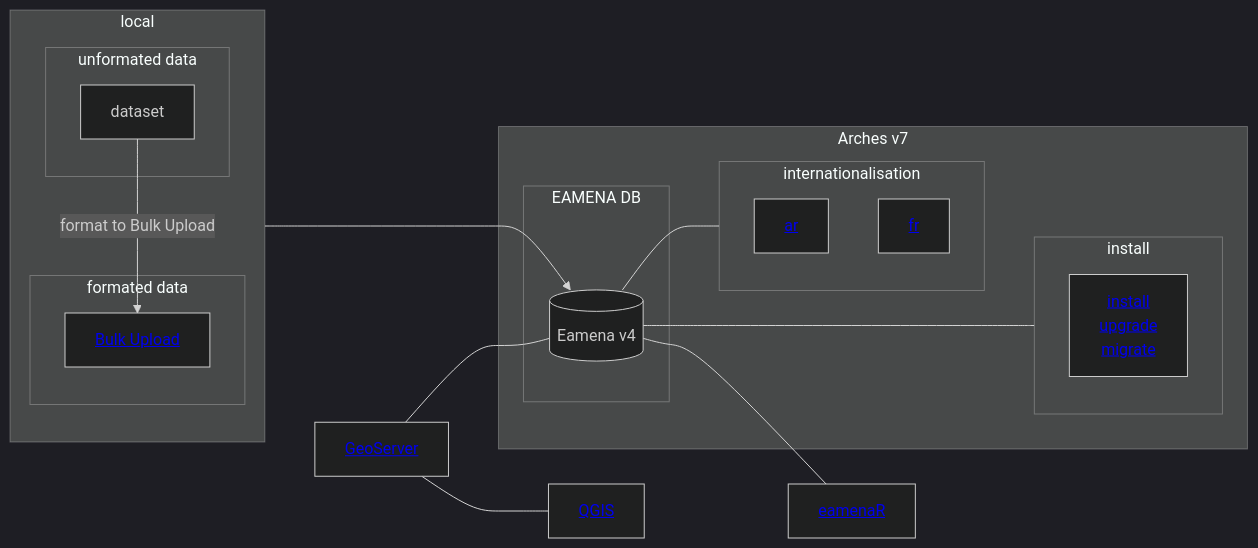
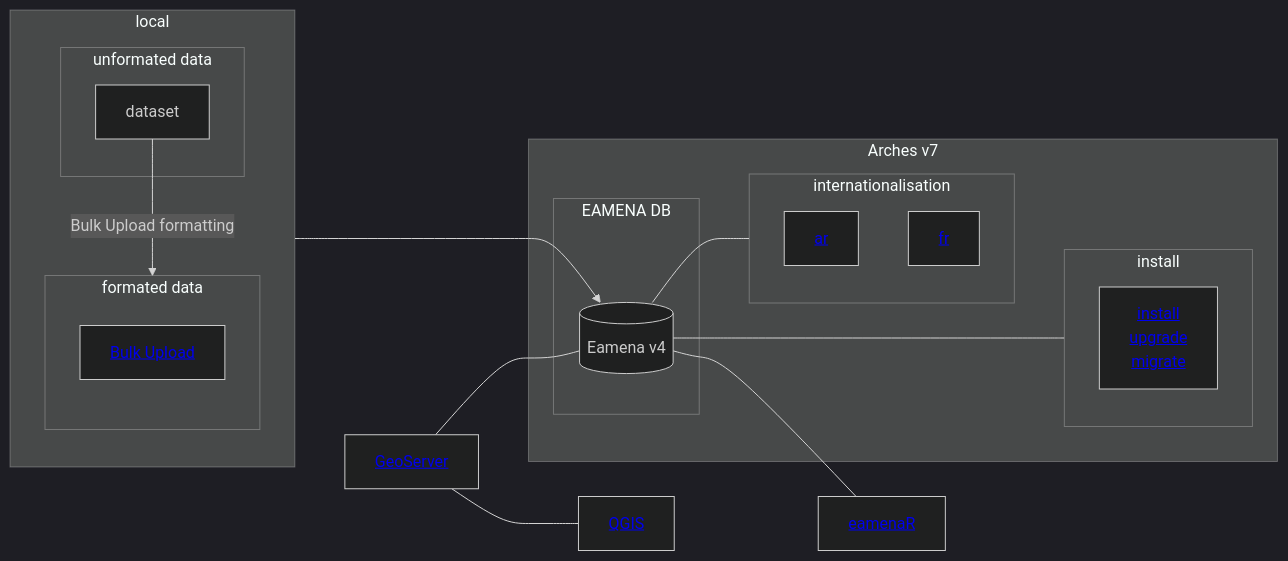
One commit to eamena-project/eamena-arches-dev changed the diagram in dbs/database.eamena/README.md. Above: the diagram before and after it, drawn with Mermaid (dark theme).

````diff
--- a/dbs/database.eamena/README.md
+++ b/dbs/database.eamena/README.md
@@ -5,30 +5,31 @@
 ```mermaid
 flowchart LR
   subgraph Arches v7
     subgraph EAMENA DB
     ea[(Eamena v4)]
     end
     subgraph internationalisation
       id6[<a href='https://github.com/eamena-project/eamena-arches-dev/tree/main/dbs/database.eamena/internationalisation'>ar</a>];
       id7[<a href='https://github.com/eamena-project/eamena-arches-dev/tree/main/dbs/database.eamena/internationalisation'>fr</a>];
     end 
     subgraph install
       id8[<a href='https://github.com/eamena-project/eamena-arches-dev/tree/main/dbs/database.eamena/install'>install<br>upgrade<br>migrate</a>];
     end 
   end
   id3[<a href='https://github.com/eamena-project/eamena-arches-dev/tree/main/geoserver'>GeoServer</a>] --- ea;
   id3 --- id4[<a href='https://github.com/eamena-project/eamena-arches-dev/tree/main/gis/qgis'>QGIS</a>];
   subgraph local
     direction TB
     subgraph unformated data
       id9A[dataset]
     end
     subgraph formated data
-      id9A -- format to Bulk Upload --> id9B[<a href='https://github.com/eamena-project/eamena-arches-dev/tree/main/data/bulk#readme'>Bulk Upload</a>]
+      direction TB
+      id9A -- Bulk Upload formatting --> id9B[<a href='https://github.com/eamena-project/eamena-arches-dev/tree/main/data/bulk#readme'>Bulk Upload</a>]
       id9B ---> ea;
     end
   end
   ea --- id5[<a href='https://github.com/eamena-project/eamenaR'>eamenaR</a>];
   ea --- internationalisation
   ea <--- install
 ```
````
